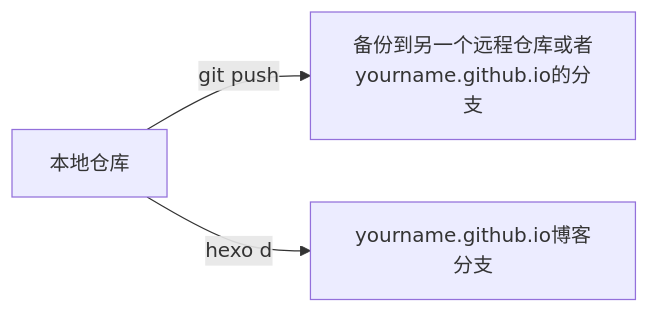
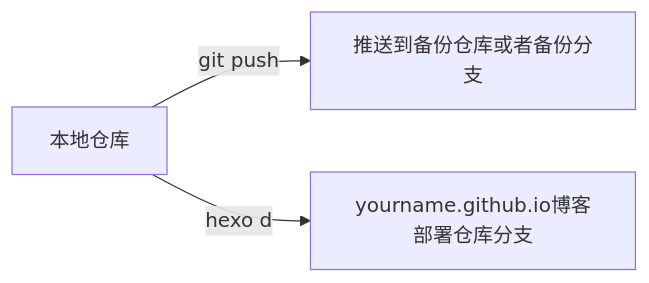
Before and after one commit to prettywinter/prettywinter.github.io: the first of 2 diagrams in source/_posts/随笔记录/GithubAction自动部署Hexo静态博客.md, drawn with Mermaid. The commit also changed other lines of this file and 40 other files, not shown here.

````diff
--- a/source/_posts/随笔记录/GithubAction自动部署Hexo静态博客.md
+++ b/source/_posts/随笔记录/GithubAction自动部署Hexo静态博客.md
@@ -26,5 +29,5 @@
 ```mermaid
 graph LR
-    A[本地仓库] --git push--> 备份到另一个远程仓库或者yourname.github.io的分支
-    A --hexo d--> yourname.github.io博客分支
+    A[本地仓库] --git push--> 推送到备份仓库或者备份分支
+    A --hexo d--> yourname.github.io博客部署仓库分支
 ```
````
